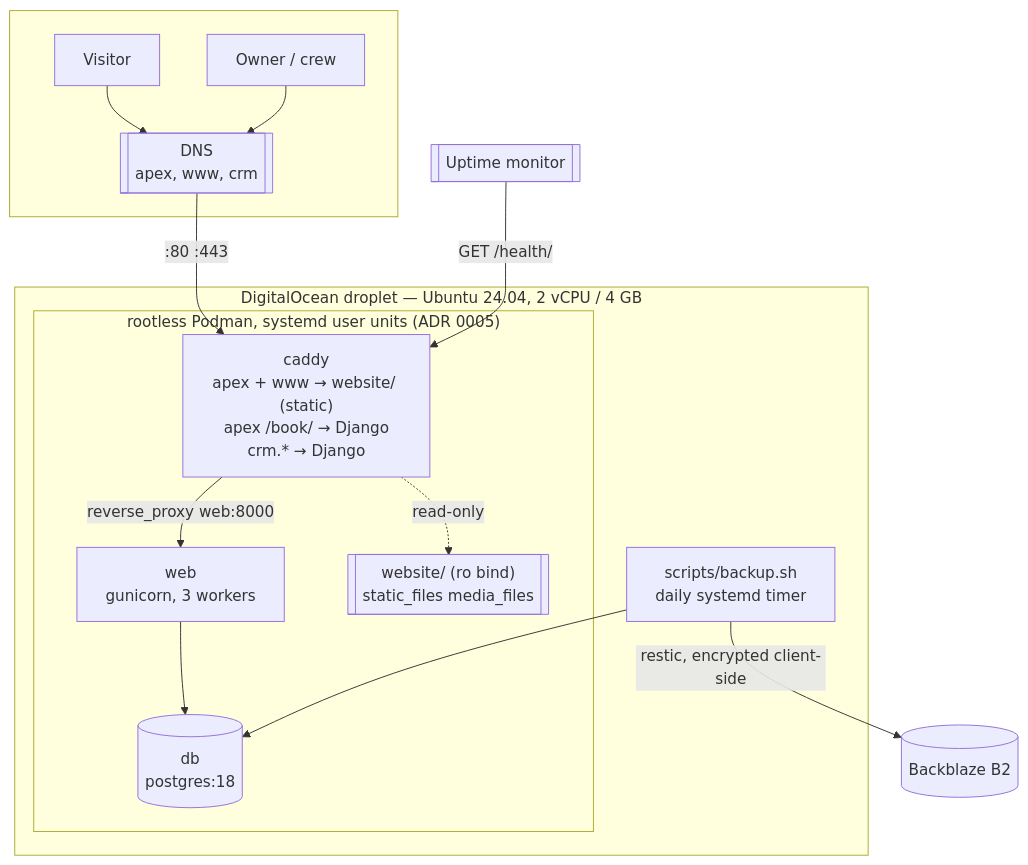
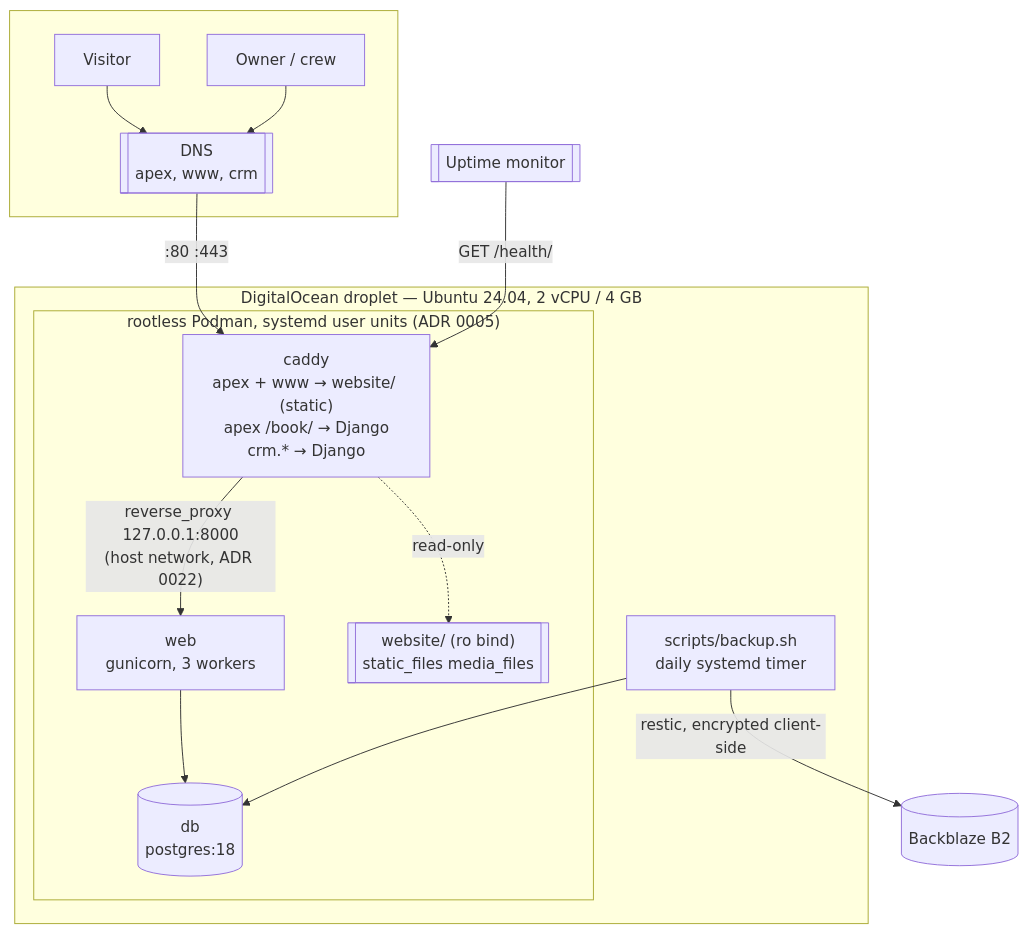
Before and after one commit to JosephHeffron/django-crm: the diagram in docs/VPS_DEPLOYMENT_PLAN.md, drawn with Mermaid. The commit also changed other lines of this file and 4 other files, not shown here.

````diff
--- a/docs/VPS_DEPLOYMENT_PLAN.md
+++ b/docs/VPS_DEPLOYMENT_PLAN.md
@@ -96,22 +96,22 @@
 ```mermaid
 graph TB
     subgraph internet[" "]
         V[Visitor] --> DNS
         O[Owner / crew] --> DNS
     end
     DNS[["DNS<br/>apex, www, crm"]]
     DNS -->|":80 :443"| C
 
     subgraph droplet["DigitalOcean droplet — Ubuntu 24.04, 2 vCPU / 4 GB"]
         subgraph pod["rootless Podman, systemd user units (ADR 0005)"]
             C["caddy<br/>apex + www → website/ (static)<br/>apex /book/ → Django<br/>crm.* → Django"]
-            C -->|"reverse_proxy web:8000"| W["web<br/>gunicorn, 3 workers"]
+            C -->|"reverse_proxy 127.0.0.1:8000<br/>(host network, ADR 0022)"| W["web<br/>gunicorn, 3 workers"]
             W --> D[("db<br/>postgres:18")]
             C -.->|"read-only"| S[["website/ (ro bind)<br/>static_files media_files"]]
         end
         B["scripts/backup.sh<br/>daily systemd timer"] --> D
     end
 
     B -->|"restic, encrypted client-side"| B2[("Backblaze B2")]
     M[["Uptime monitor"]] -->|"GET /health/"| C
 ```
````
